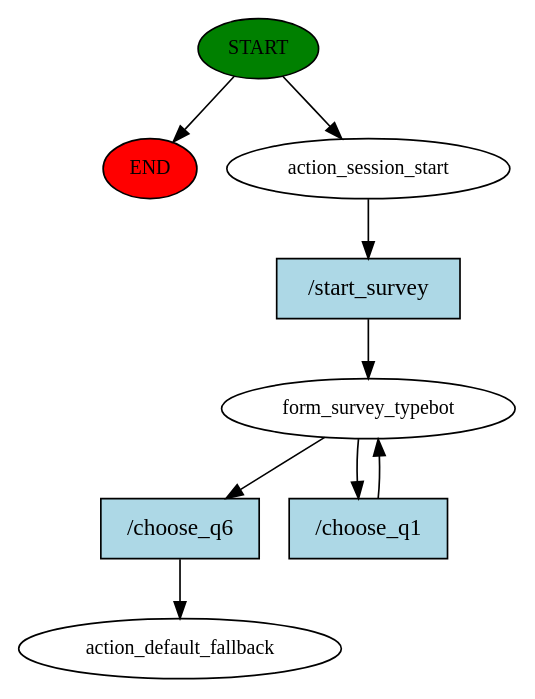
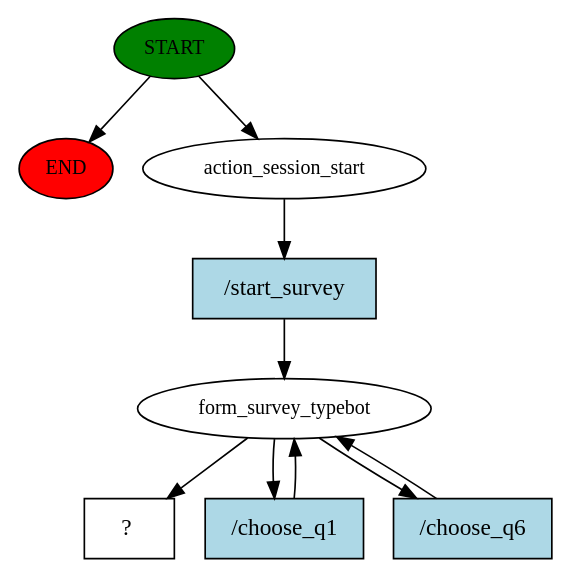
The diagram in story_graph.dot (KhanhBa923/Rasa_Stock_Chatbot), drawn with Graphviz before and after one commit. The commit also changed 4 other files, not shown here.

```diff
--- a/story_graph.dot
+++ b/story_graph.dot
@@ -1,18 +1,19 @@
 digraph  {
 0 [class="start active", fillcolor=green, fontsize=12, label=START, style=filled];
 "-1" [class=end, fillcolor=red, fontsize=12, label=END, style=filled];
 1 [class=active, fontsize=12, label=action_session_start];
 2 [class=active, fontsize=12, label=form_survey_typebot];
-4 [class="dashed active", fontsize=12, label=action_default_fallback];
-5 [class="intent active", fillcolor=lightblue, label="/start_survey", shape=rect, style=filled];
-6 [class="intent active", fillcolor=lightblue, label="/choose_q6", shape=rect, style=filled];
+5 [class="intent dashed active", label="  ?  ", shape=rect];
+6 [class="intent active", fillcolor=lightblue, label="/start_survey", shape=rect, style=filled];
 7 [class="intent active", fillcolor=lightblue, label="/choose_q1", shape=rect, style=filled];
+8 [class="intent active", fillcolor=lightblue, label="/choose_q6", shape=rect, style=filled];
 0 -> "-1"  [class="", key=NONE, label=""];
 0 -> 1  [class=active, key=NONE, label=""];
-1 -> 5  [class=active, key=0];
-2 -> 6  [class=active, key=0];
+1 -> 6  [class=active, key=0];
+2 -> 5  [class=active, key=NONE, label=""];
 2 -> 7  [class=active, key=0];
-5 -> 2  [class=active, key=0];
-6 -> 4  [class=active, key=0];
+2 -> 8  [class=active, key=0];
+6 -> 2  [class=active, key=0];
 7 -> 2  [class=active, key=0];
+8 -> 2  [class=active, key=0];
 }
```
